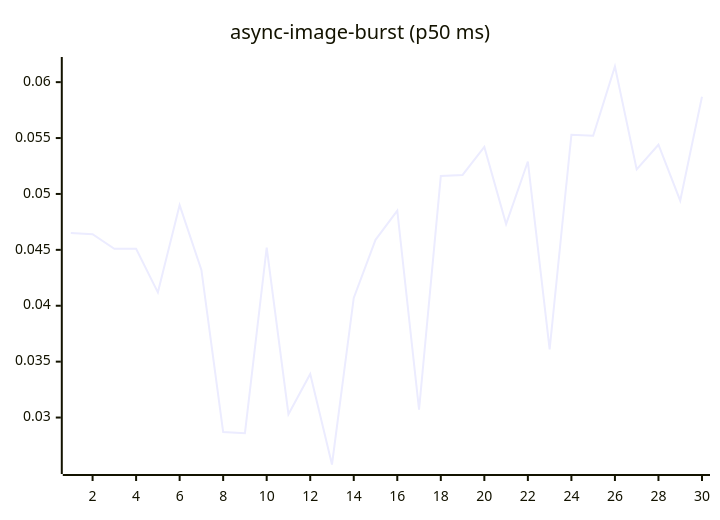
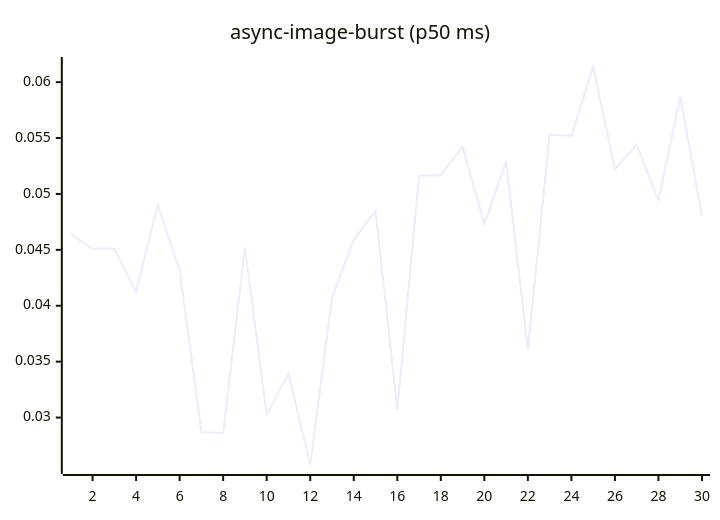
The fourth of 27 diagrams in README.md (josha/Facet), drawn with Mermaid before and after one commit. The commit also changed other lines of this file and 2 other files, not shown here.

````diff
--- a/README.md
+++ b/README.md
@@ -84,6 +84,6 @@
 ```mermaid
 xychart-beta
     title "async-image-burst (p50 ms)"
     x-axis 1 --> 30
-    line [0.0465, 0.0464, 0.0451, 0.0451, 0.0412, 0.0490, 0.0432, 0.0287, 0.0286, 0.0452, 0.0303, 0.0339, 0.0258, 0.0407, 0.0459, 0.0485, 0.0307, 0.0516, 0.0517, 0.0542, 0.0473, 0.0529, 0.0361, 0.0553, 0.0552, 0.0614, 0.0522, 0.0544, 0.0494, 0.0587]
+    line [0.0464, 0.0451, 0.0451, 0.0412, 0.0490, 0.0432, 0.0287, 0.0286, 0.0452, 0.0303, 0.0339, 0.0258, 0.0407, 0.0459, 0.0485, 0.0307, 0.0516, 0.0517, 0.0542, 0.0473, 0.0529, 0.0361, 0.0553, 0.0552, 0.0614, 0.0522, 0.0544, 0.0494, 0.0587, 0.0481]
 ```
````
